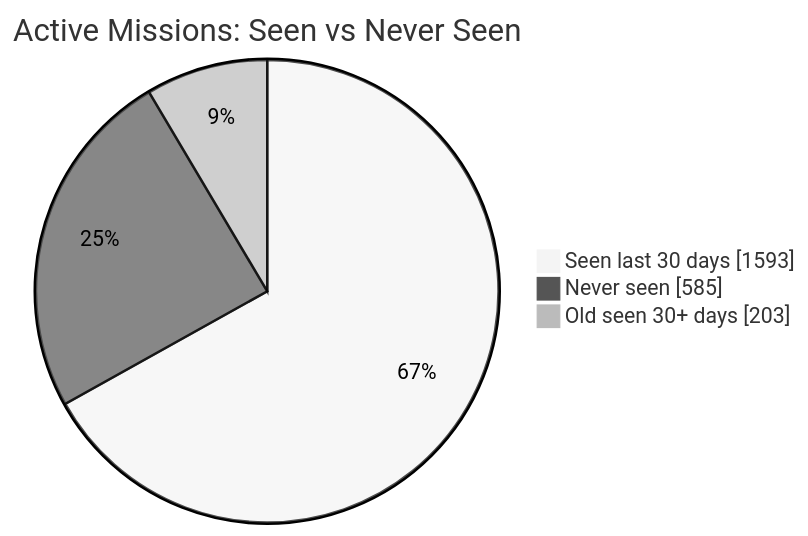
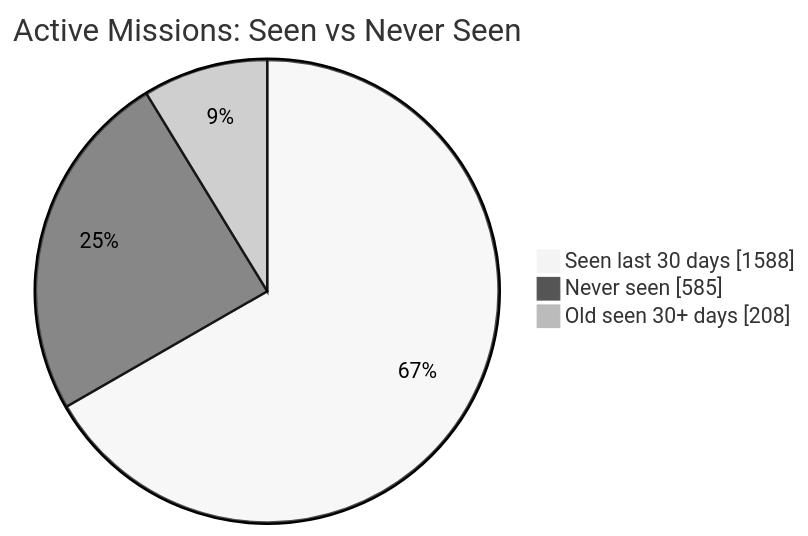
One commit to MeldkamerspelGameTeam/active-missions changed the first of 2 diagrams in README.md. Above: the diagram before and after it, drawn with Mermaid (neutral theme). The commit also changed other lines of this file and 3 other files, not shown here.

````diff
--- a/README.md
+++ b/README.md
@@ -34,7 +34,7 @@
 ```mermaid
 pie showData
     title Active Missions: Seen vs Never Seen
-    "Seen last 30 days" : 1593
+    "Seen last 30 days" : 1588
     "Never seen" : 585
-    "Old seen 30+ days" : 203
+    "Old seen 30+ days" : 208
 ```
````
